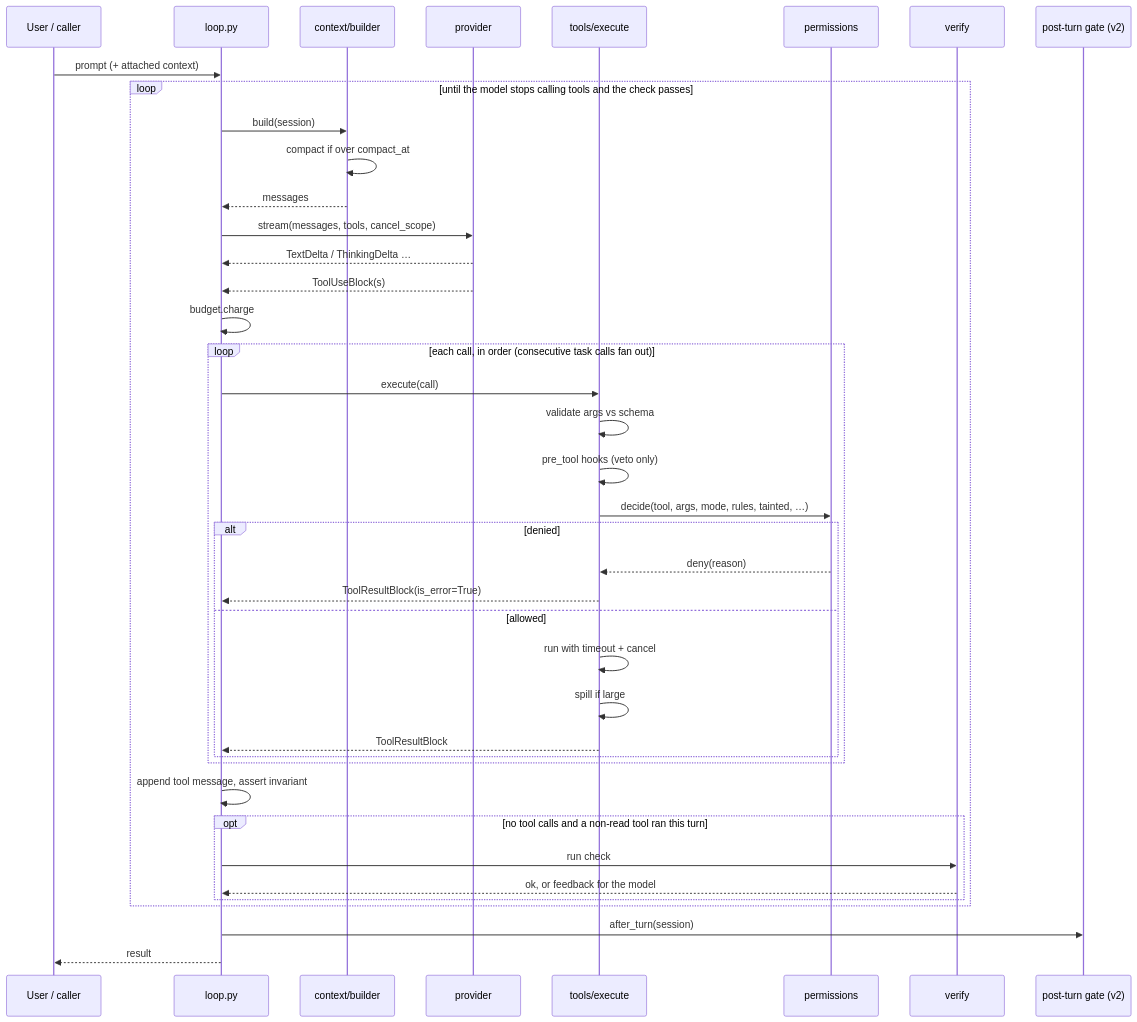
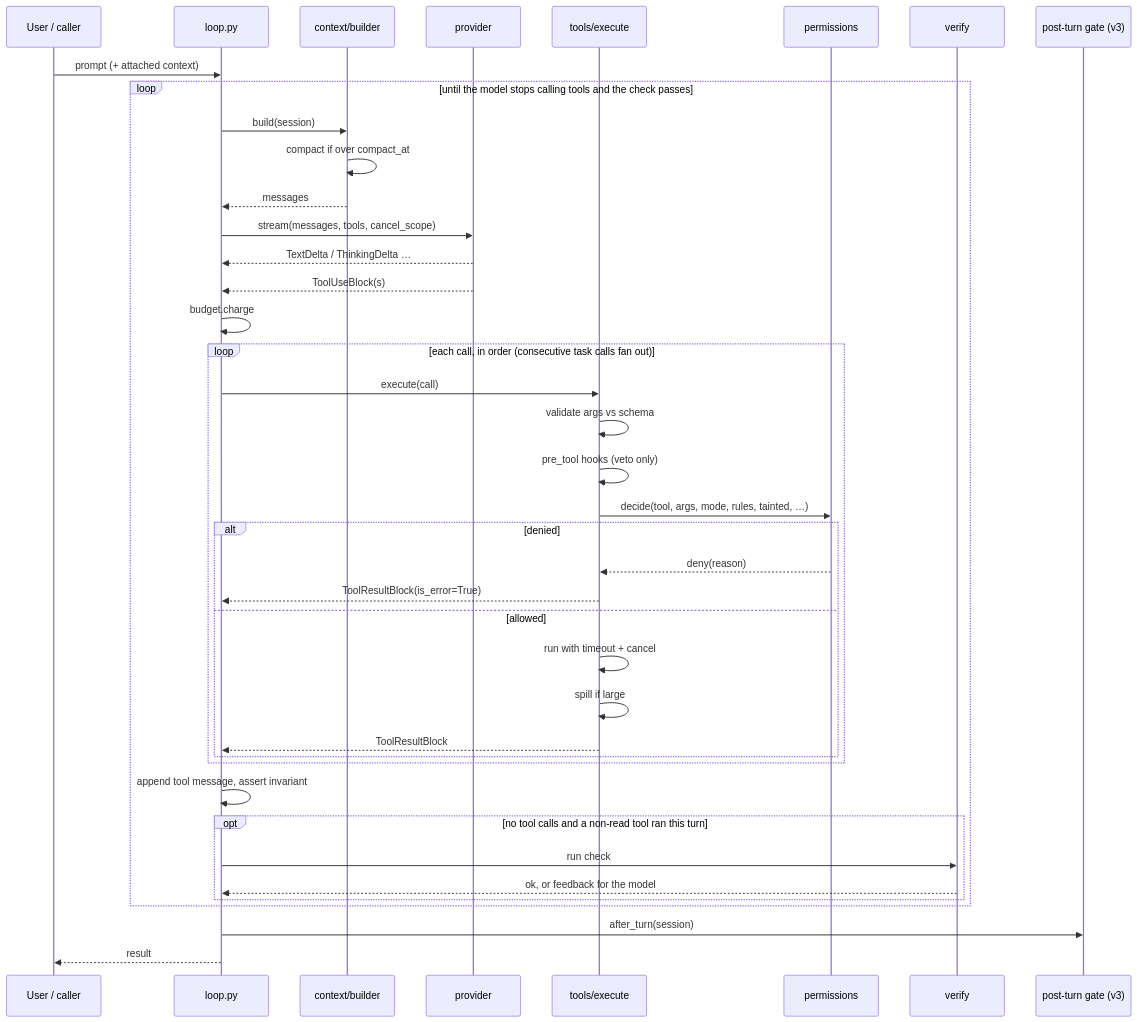
One commit to vespassassina/edgar changed the second of 8 diagrams in docs/BLUEPRINT.md. Above: the diagram before and after it, drawn with Mermaid. The commit also changed other lines of this file and 14 other files, not shown here.

````diff
--- a/docs/BLUEPRINT.md
+++ b/docs/BLUEPRINT.md
@@ -501,46 +505,46 @@
 ```mermaid
 sequenceDiagram
     participant U as User / caller
     participant L as loop.py
     participant C as context/builder
     participant P as provider
     participant T as tools/execute
     participant Pol as permissions
     participant V as verify
-    participant G as post-turn gate (v2)
+    participant G as post-turn gate (v3)
 
     U->>L: prompt (+ attached context)
     loop until the model stops calling tools and the check passes
         L->>C: build(session)
         C->>C: compact if over compact_at
         C-->>L: messages
         L->>P: stream(messages, tools, cancel_scope)
         P-->>L: TextDelta / ThinkingDelta …
         P-->>L: ToolUseBlock(s)
         L->>L: budget.charge
 
         loop each call, in order (consecutive task calls fan out)
             L->>T: execute(call)
             T->>T: validate args vs schema
             T->>T: pre_tool hooks (veto only)
             T->>Pol: decide(tool, args, mode, rules, tainted, …)
             alt denied
                 Pol-->>T: deny(reason)
                 T-->>L: ToolResultBlock(is_error=True)
             else allowed
                 T->>T: run with timeout + cancel
                 T->>T: spill if large
                 T-->>L: ToolResultBlock
             end
         end
 
         L->>L: append tool message, assert invariant
         opt no tool calls and a non-read tool ran this turn
             L->>V: run check
             V-->>L: ok, or feedback for the model
         end
     end
 
     L->>G: after_turn(session)
     L-->>U: result
 ```
````
